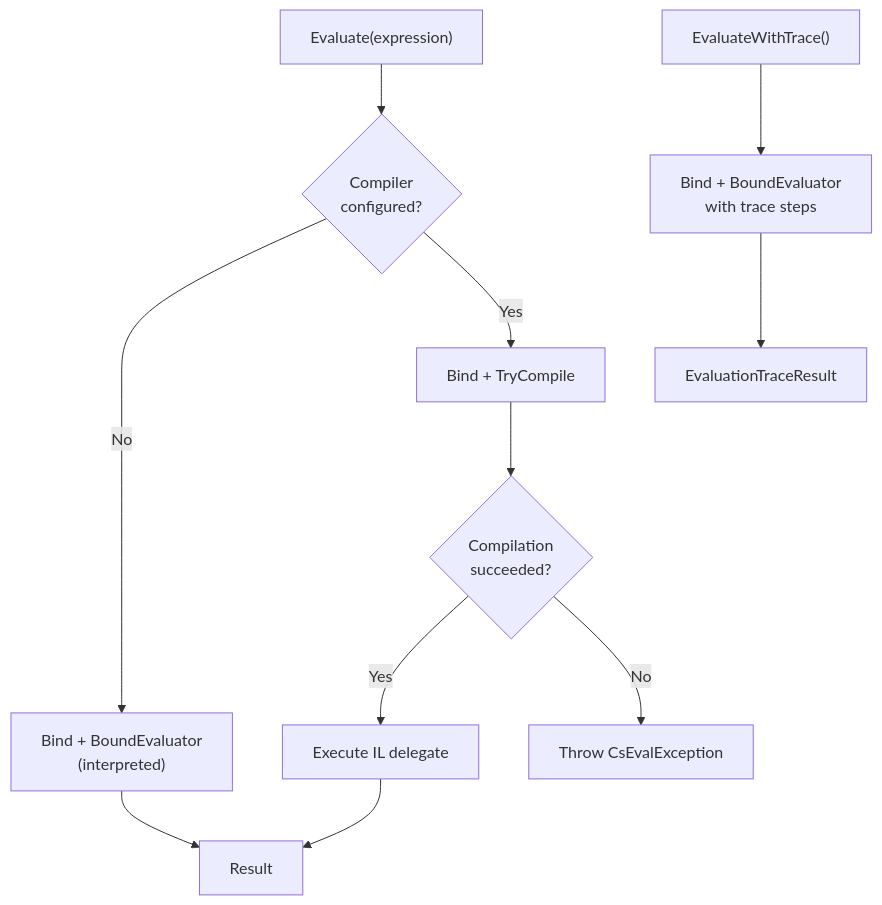
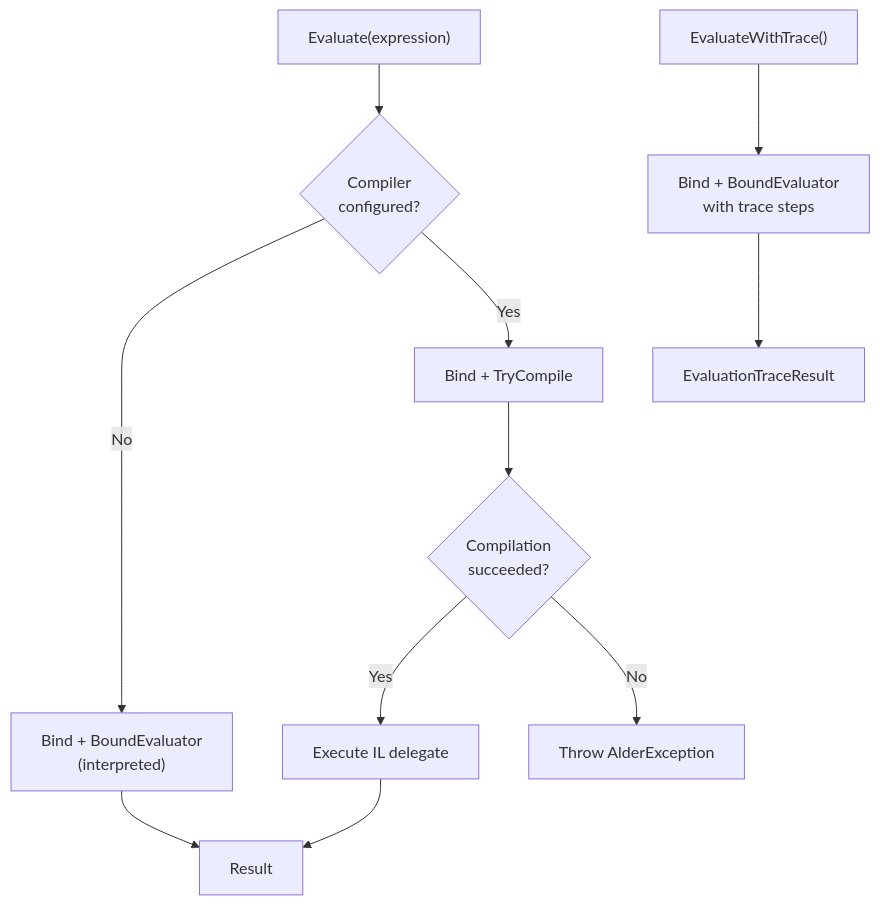
Before and after one commit to MartiSilvio/Alder: the second of 4 diagrams in docs/architecture/pipeline.md, drawn with Mermaid. The commit also changed other lines of this file and 3509 other files, not shown here.

Commit message:
rename CsEval to Alder

````diff
--- a/docs/architecture/pipeline.md
+++ b/docs/architecture/pipeline.md
@@ -67,13 +67,13 @@
 ```mermaid
 flowchart TD
     A["Evaluate(expression)"] --> B{"Compiler\nconfigured?"}
     B -- "No" --> C["Bind + BoundEvaluator\n(interpreted)"]
     C --> D["Result"]
     B -- "Yes" --> E["Bind + TryCompile"]
     E --> F{"Compilation\nsucceeded?"}
     F -- "Yes" --> G["Execute IL delegate"]
     G --> D
-    F -- "No" --> H["Throw CsEvalException"]
+    F -- "No" --> H["Throw AlderException"]
     I["EvaluateWithTrace()"] --> J["Bind + BoundEvaluator\nwith trace steps"]
     J --> K["EvaluationTraceResult"]
 ```
````
